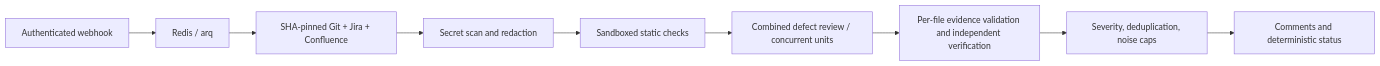
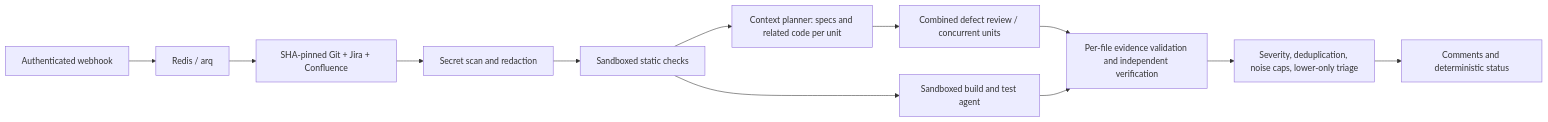
The diagram in README.md (amir-99/Code-Reviewer), drawn with Mermaid before and after one commit. The commit also changed other lines of this file and 27 other files, not shown here.

First line of the commit message:
feat(review): cheap decision roles, sandboxed build agent, deadline fix

````diff
--- a/README.md
+++ b/README.md
@@ -277,11 +280,14 @@
 ```mermaid
 flowchart LR
   Hook[Authenticated webhook] --> Queue[Redis / arq]
   Queue --> Context[SHA-pinned Git + Jira + Confluence]
   Context --> Secrets[Secret scan and redaction]
   Secrets --> Static[Sandboxed static checks]
-  Static --> Defects[Combined defect review / concurrent units]
+  Static --> Plan[Context planner: specs and related code per unit]
+  Plan --> Defects[Combined defect review / concurrent units]
+  Static --> Build[Sandboxed build and test agent]
   Defects --> Validate[Per-file evidence validation and independent verification]
-  Validate --> Policy[Severity, deduplication, noise caps]
+  Build --> Validate
+  Validate --> Policy[Severity, deduplication, noise caps, lower-only triage]
   Policy --> Publish[Comments and deterministic status]
 ```
````
